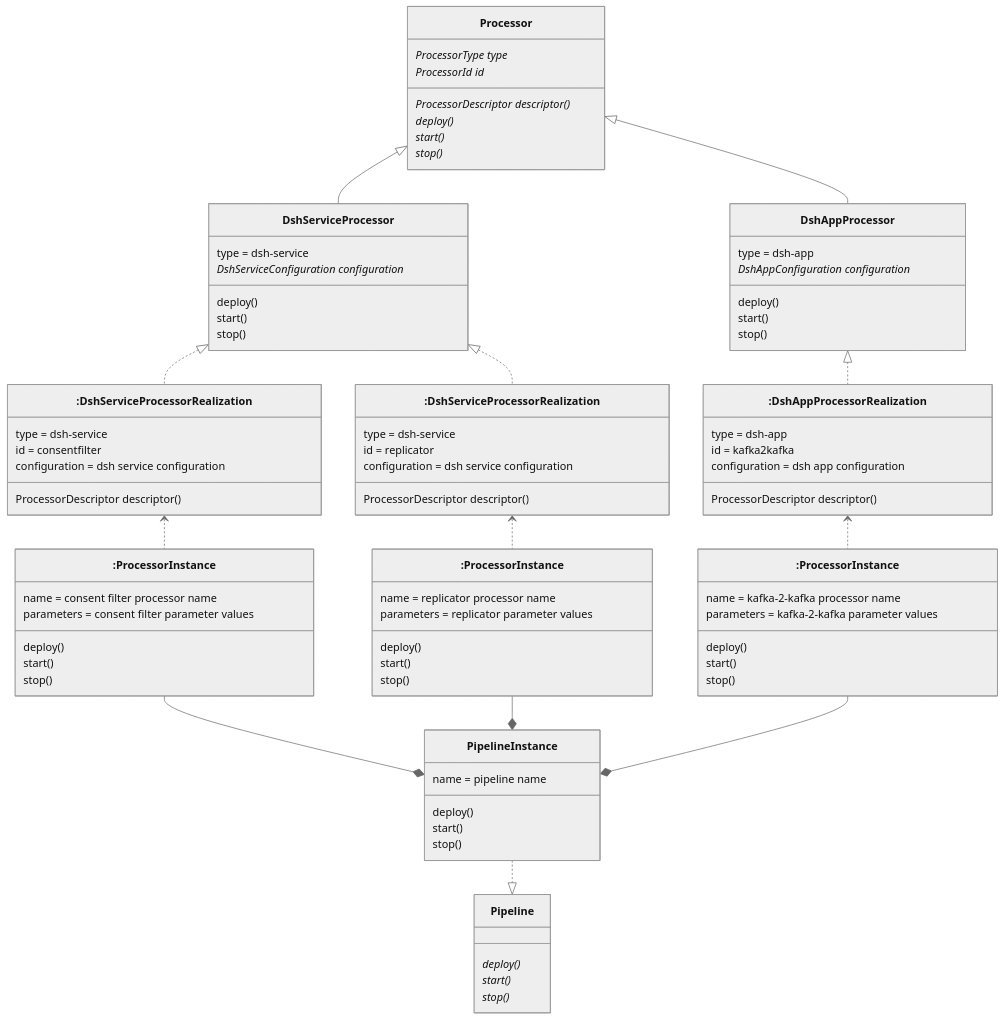
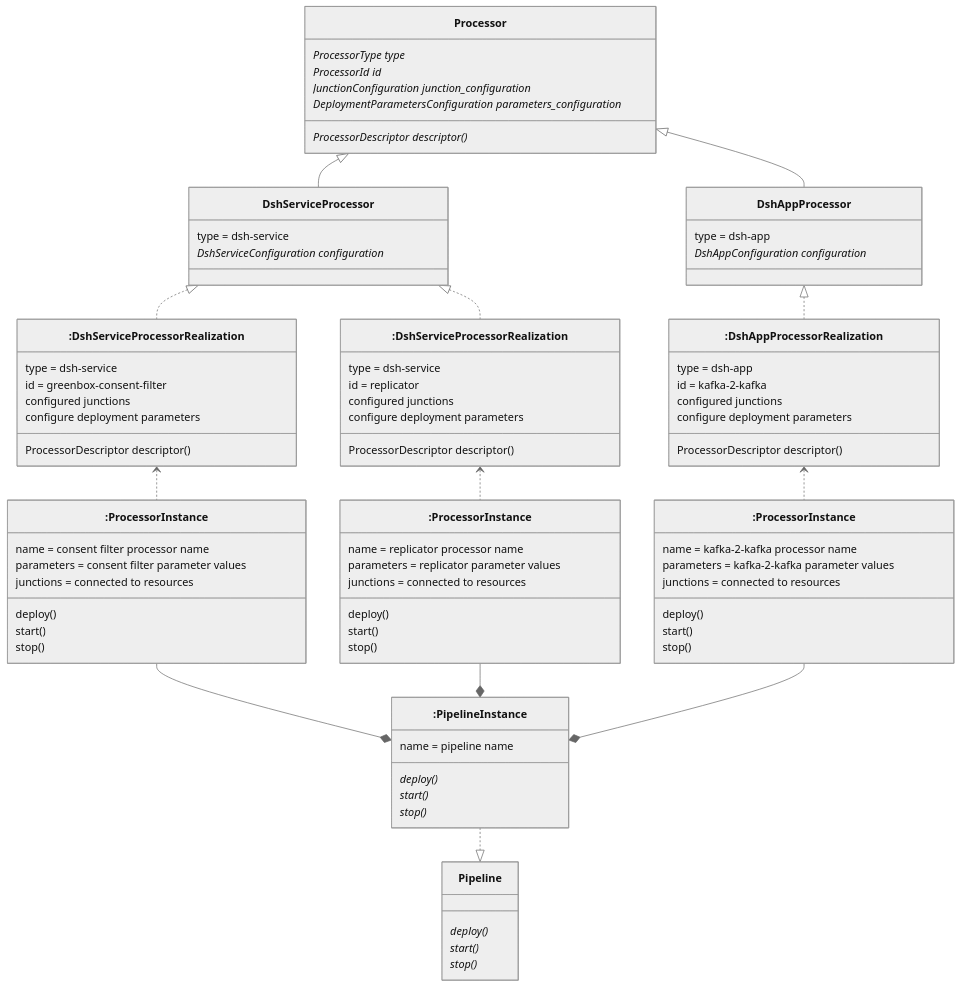
Before and after one commit to kpn-dsh/dsh-cli: the diagram in design/model.md, drawn with Mermaid (neutral theme). The commit also changed other lines of this file and 6 other files, not shown here.

```diff
--- a/design/model.md
+++ b/design/model.md
@@ -48,51 +50,48 @@
     class Processor {
         ProcessorType type*
         ProcessorId id*
+        JunctionConfiguration junction_configuration*
+        DeploymentParametersConfiguration parameters_configuration*
         ProcessorDescriptor descriptor()*
-        deploy()*
-        start()*
-        stop()*
     }
     class DshServiceProcessor {
         type = dsh-service
         DshServiceConfiguration configuration*
-        deploy()
-        start()
-        stop()
     }
     Processor <|-- DshServiceProcessor
     class DshAppProcessor {
         type = dsh-app
         DshAppConfiguration configuration*
-        deploy()
-        start()
-        stop()
     }
     Processor <|-- DshAppProcessor
     class ConsentFilterRealization[":DshServiceProcessorRealization"] {
         type = dsh-service
-        id = consentfilter
-        configuration = dsh service configuration
+        id = greenbox-consent-filter
+        configured junctions
+        configure deployment parameters
         ProcessorDescriptor descriptor()
     }
     DshServiceProcessor <|.. ConsentFilterRealization
     class ReplicatorRealization[":DshServiceProcessorRealization"] {
         type = dsh-service
         id = replicator
-        configuration = dsh service configuration
+        configured junctions
+        configure deployment parameters
         ProcessorDescriptor descriptor()
     }
     DshServiceProcessor <|.. ReplicatorRealization
     class Kafka2KafkaRealization[":DshAppProcessorRealization"] {
         type = dsh-app
-        id = kafka2kafka
-        configuration = dsh app configuration
+        id = kafka-2-kafka
+        configured junctions
+        configure deployment parameters
         ProcessorDescriptor descriptor()
     }
     DshAppProcessor <|.. Kafka2KafkaRealization
     class ConsentFilterProcessorInstance[":ProcessorInstance"] {
         name = consent filter processor name
         parameters = consent filter parameter values
+        junctions = connected to resources
         deploy()
         start()
         stop()
@@ -101,6 +100,7 @@
     class ReplicatorProcessorInstance[":ProcessorInstance"] {
         name = replicator processor name
         parameters = replicator parameter values
+        junctions = connected to resources
         deploy()
         start()
         stop()
@@ -109,16 +109,17 @@
     class Kafka2KafkaProcessorInstance[":ProcessorInstance"] {
         name = kafka-2-kafka processor name
         parameters = kafka-2-kafka parameter values
+        junctions = connected to resources
         deploy()
         start()
         stop()
     }
     Kafka2KafkaRealization <.. Kafka2KafkaProcessorInstance
-    class PipelineInstance {
+    class PipelineInstance[":PipelineInstance"] {
         name = pipeline name
-        deploy()
-        start()
-        stop()
+        deploy()*
+        start()*
+        stop()*
     }
     ConsentFilterProcessorInstance --* PipelineInstance
     ReplicatorProcessorInstance --* PipelineInstance
```
